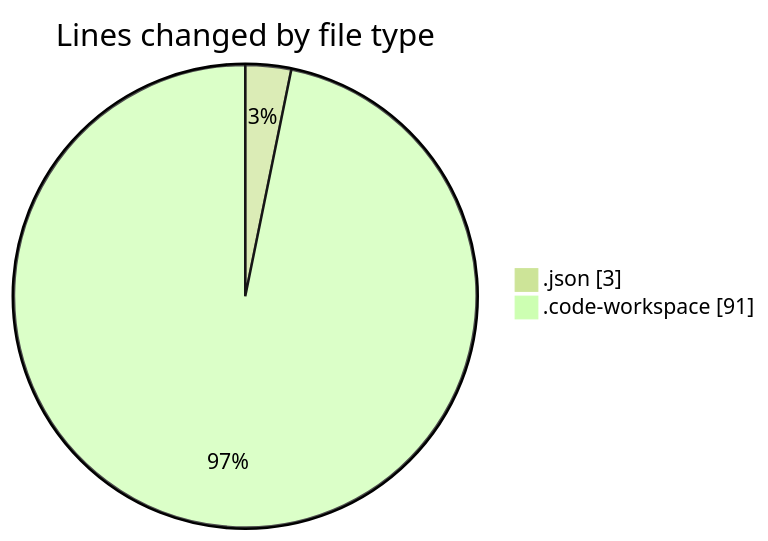
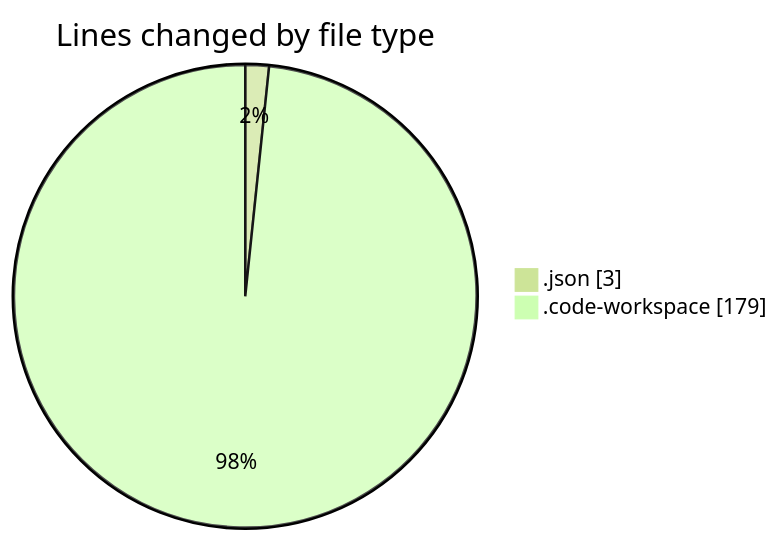
One commit to MatusMokan/code-tracking changed the first of 2 diagrams in 2025-02-25/myws__workspace_/README.md. Above: the diagram before and after it, drawn with Mermaid (forest theme). The commit also changed other lines of this file and 1 other file, not shown here.

````diff
--- a/2025-02-25/myws__workspace_/README.md
+++ b/2025-02-25/myws__workspace_/README.md
@@ -21,6 +21,6 @@
 ```mermaid
 pie showData
 title Lines changed by file type
 ".json" : 3
-".code-workspace" : 91
+".code-workspace" : 179
 ```
````
